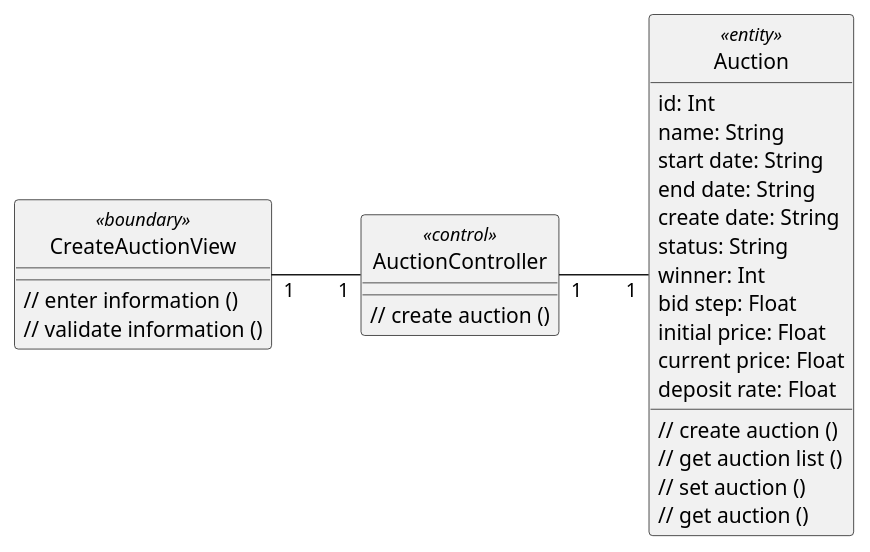
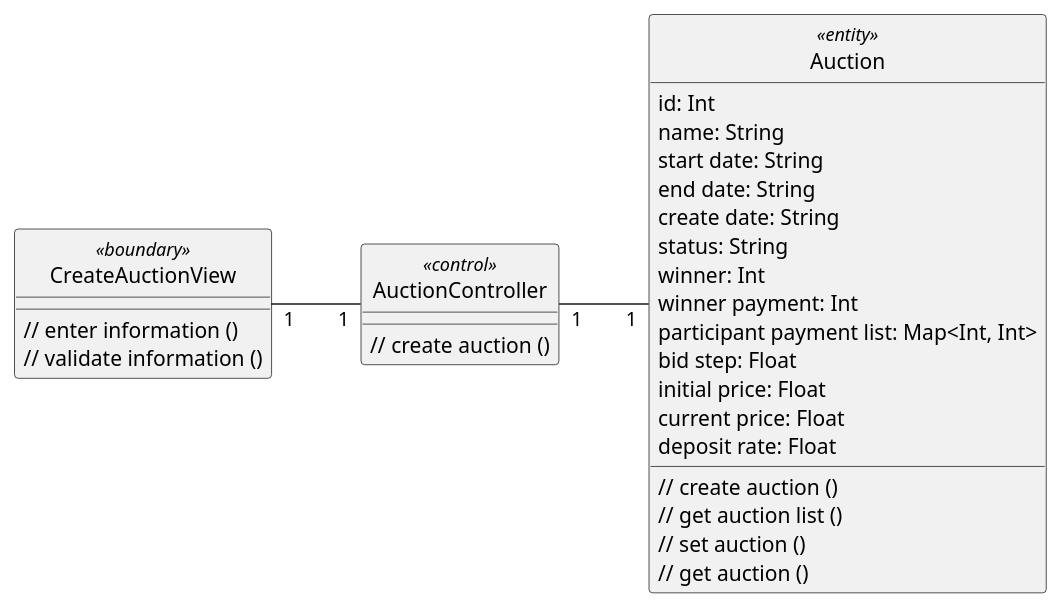
One commit to anhbanlinhle/velocity-exchange changed the diagram in uml/analysis/class/create-auction-vopc.pu. Above: the diagram before and after it, drawn with PlantUML. The commit also changed 5 other files, not shown here.

```diff
--- a/uml/analysis/class/create-auction-vopc.pu
+++ b/uml/analysis/class/create-auction-vopc.pu
@@ -1,35 +1,37 @@
 @startuml create_auction
 hide circle
 skinparam classAttributeIconSize 0
 left to right direction
 
 class CreateAuctionView <<boundary>> {
   // enter information ()
   // validate information ()
 }
 
 class AuctionController <<control>> {
   // create auction ()
 }
 
 class Auction <<entity>> {
   id: Int
   name: String
   start date: String
   end date: String
   create date: String
   status: String
   winner: Int
+  winner payment: Int
+  participant payment list: Map<Int, Int>
   bid step: Float
   initial price: Float
   current price: Float
   deposit rate: Float
   // create auction ()
   // get auction list ()
   // set auction ()
   // get auction ()
 }
 
 CreateAuctionView "1" -- "1" AuctionController
 AuctionController "1" -- "1" Auction
 @enduml
```
